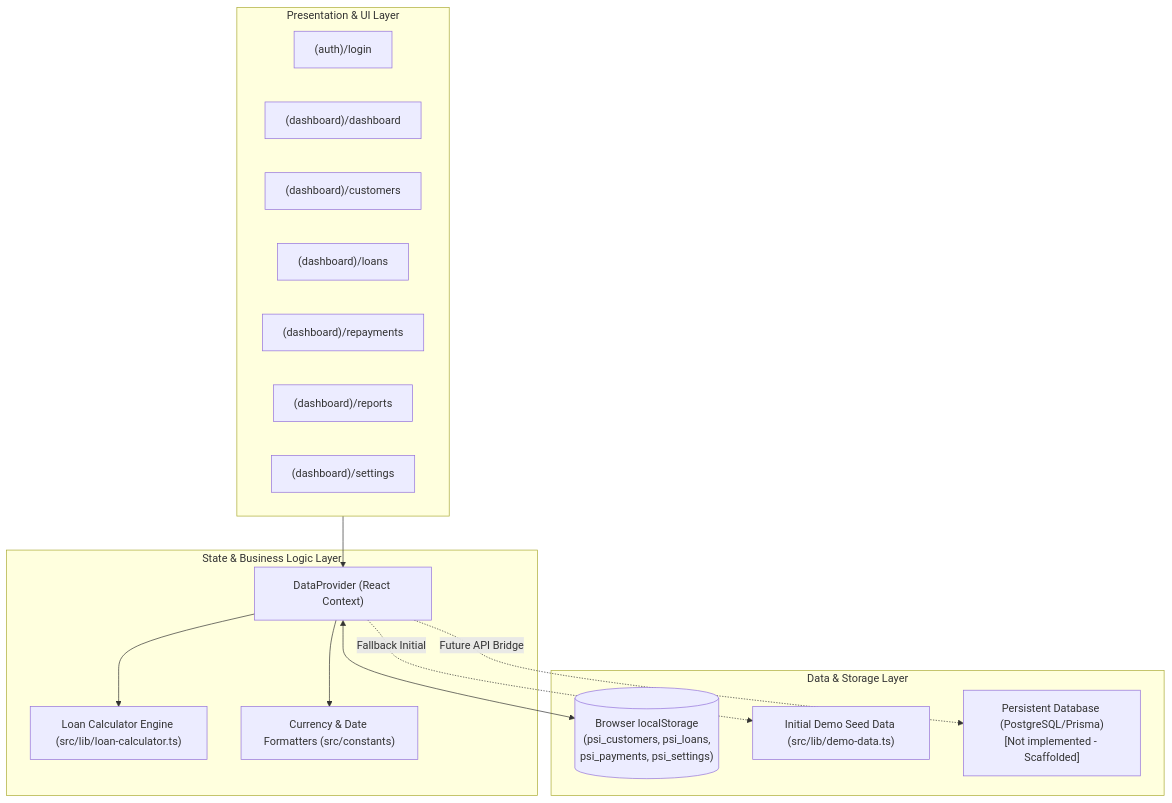
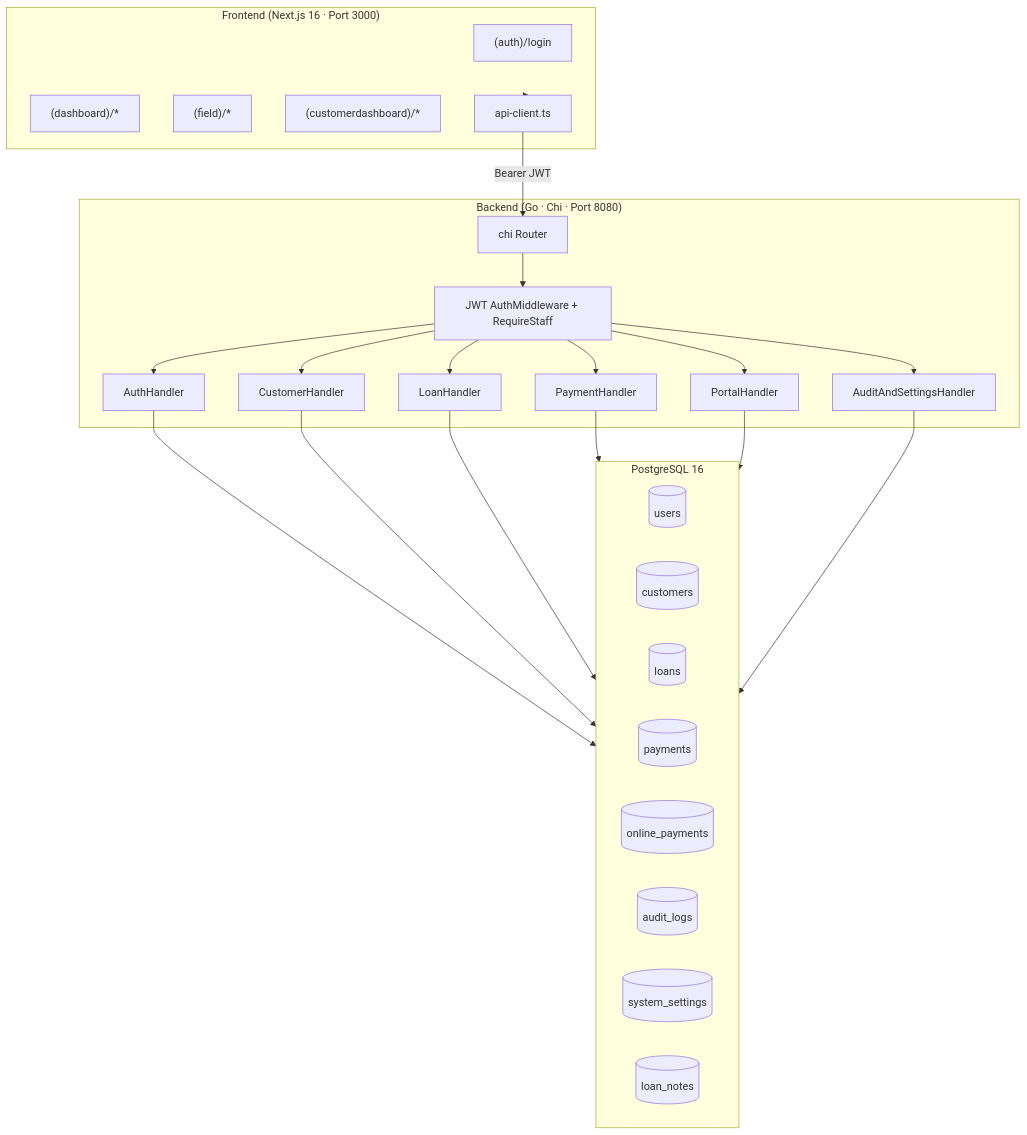
The first of 4 diagrams in README.md (Perfect-Solution-International/Loan-management-system), drawn with Mermaid before and after one commit. The commit also changed other lines of this file, not shown here.

````diff
--- a/README.md
+++ b/README.md
@@ -194,31 +156,38 @@
 ```mermaid
 graph TD
-    subgraph UI_Layer ["Presentation & UI Layer"]
-        AuthRoute["(auth)/login"]
-        DashRoute["(dashboard)/dashboard"]
-        CustRoute["(dashboard)/customers"]
-        LoanRoute["(dashboard)/loans"]
-        RepayRoute["(dashboard)/repayments"]
-        ReportRoute["(dashboard)/reports"]
-        SettingRoute["(dashboard)/settings"]
+    subgraph Frontend["Frontend (Next.js 16 · Port 3000)"]
+        Auth["(auth)/login"]
+        Dashboard["(dashboard)/*"]
+        Field["(field)/*"]
+        Portal["(customerdashboard)/*"]
+        APIClient["api-client.ts"]
     end
 
-    subgraph State_Layer ["State & Business Logic Layer"]
-        DataProvider["DataProvider (React Context)"]
-        Calculator["Loan Calculator Engine (src/lib/loan-calculator.ts)"]
-        Formatters["Currency & Date Formatters (src/constants)"]
+    subgraph Backend["Backend (Go · Chi · Port 8080)"]
+        Router["chi Router"]
+        AuthHandler["AuthHandler"]
+        CustHandler["CustomerHandler"]
+        LoanHandler["LoanHandler"]
+        PayHandler["PaymentHandler"]
+        PortalHandler["PortalHandler"]
+        AuditHandler["AuditAndSettingsHandler"]
+        Middleware["JWT AuthMiddleware + RequireStaff"]
     end
 
-    subgraph Storage_Layer ["Data & Storage Layer"]
-        LS[("Browser localStorage\n(psi_customers, psi_loans,\npsi_payments, psi_settings)")]
-        SeedData["Initial Demo Seed Data (src/lib/demo-data.ts)"]
-        DB["Persistent Database (PostgreSQL/Prisma)\n[Not implemented - Scaffolded]"]
+    subgraph DB["PostgreSQL 16"]
+        Users[(users)]
+        Customers[(customers)]
+        Loans[(loans)]
+        Payments[(payments)]
+        OnlinePayments[(online_payments)]
+        AuditLogs[(audit_logs)]
+        Settings[(system_settings)]
+        LoanNotes[(loan_notes)]
     end
 
-    UI_Layer --> DataProvider
-    DataProvider --> Calculator
-    DataProvider --> Formatters
-    DataProvider <--> LS
-    DataProvider -. Fallback Initial .-> SeedData
-    DataProvider -. Future API Bridge .-> DB
+    Frontend --> APIClient
+    APIClient -->|"Bearer JWT"| Router
+    Router --> Middleware
+    Middleware --> AuthHandler & CustHandler & LoanHandler & PayHandler & PortalHandler & AuditHandler
+    AuthHandler & CustHandler & LoanHandler & PayHandler & PortalHandler & AuditHandler --> DB
 ```
````
